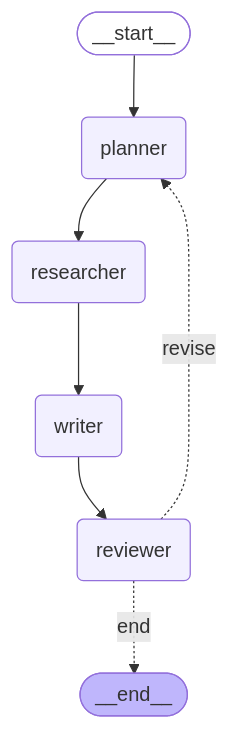
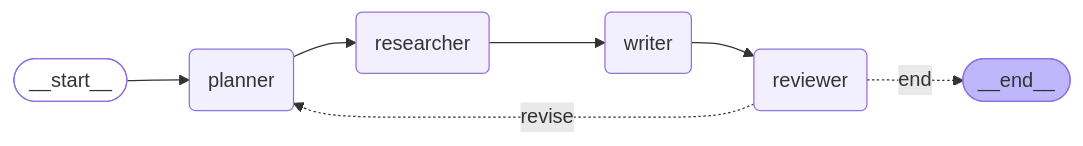
Before and after one commit to mj-deving/langgraph-agent: the diagram in README.md, drawn with Mermaid.

Commit message:
docs: change Mermaid graph to LR layout

````diff
--- a/README.md
+++ b/README.md
@@ -26,18 +26,18 @@
 ```mermaid
-graph TD;
+graph LR;
 	__start__([__start__]):::first
 	planner(planner)
 	researcher(researcher)
 	writer(writer)
 	reviewer(reviewer)
 	__end__([__end__]):::last
 	__start__ --> planner;
 	planner --> researcher;
 	researcher --> writer;
 	writer --> reviewer;
 	reviewer -. end .-> __end__;
 	reviewer -. revise .-> planner;
 	classDef default fill:#f2f0ff,line-height:1.2
 	classDef first fill-opacity:0
 	classDef last fill:#bfb6fc
 ```
````
